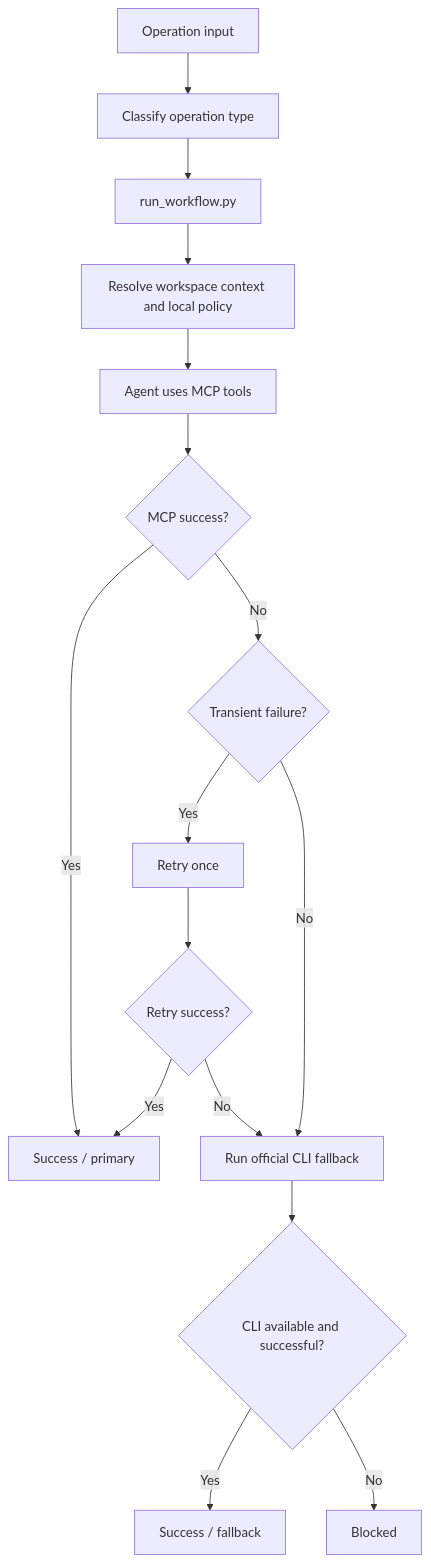
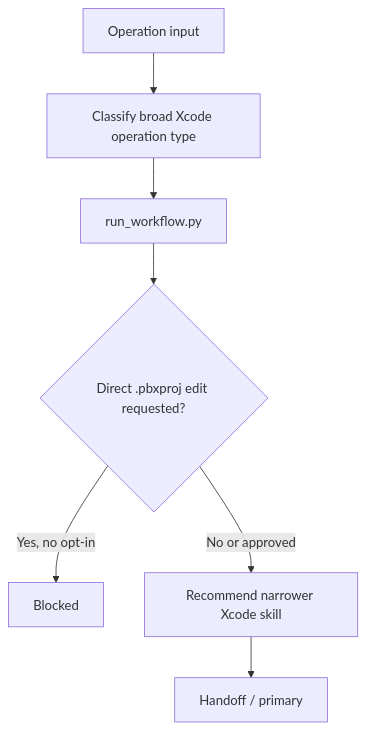
The second of 12 diagrams in docs/maintainers/workflow-atlas.md (gaelic-ghost/apple-dev-skills), drawn with Mermaid before and after one commit. The commit also changed other lines of this file and 109 other files, not shown here.

````diff
--- a/docs/maintainers/workflow-atlas.md
+++ b/docs/maintainers/workflow-atlas.md
@@ -139,18 +206,9 @@
 ```mermaid
 flowchart TD
-    I["Operation input"] --> C["Classify operation type"]
+    I["Operation input"] --> C["Classify broad Xcode operation type"]
     C --> RW["run_workflow.py"]
-    RW --> RC["Resolve workspace context and local policy"]
-    RC --> MCP["Agent uses MCP tools"]
-    MCP --> OK{"MCP success?"}
-    OK -->|Yes| OUT1["Success / primary"]
-    OK -->|No| RT{"Transient failure?"}
-    RT -->|Yes| RETRY["Retry once"]
-    RT -->|No| CLI["Run official CLI fallback"]
-    RETRY --> RETRYOK{"Retry success?"}
-    RETRYOK -->|Yes| OUT1
-    RETRYOK -->|No| CLI
-    CLI --> CLIOK{"CLI available and successful?"}
-    CLIOK -->|Yes| OUT2["Success / fallback"]
-    CLIOK -->|No| BL["Blocked"]
+    RW --> M{"Direct .pbxproj edit requested?"}
+    M -->|Yes, no opt-in| BL["Blocked"]
+    M -->|No or approved| ROUTE["Recommend narrower Xcode skill"]
+    ROUTE --> OUT["Handoff / primary"]
 ```
````
